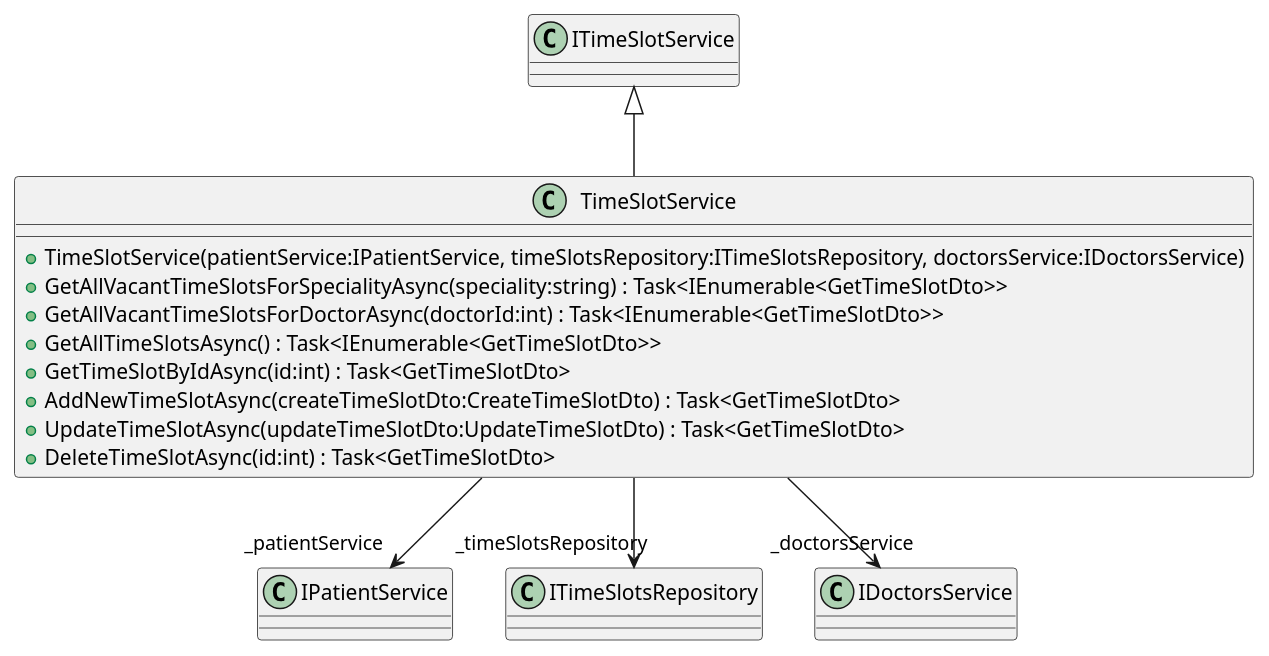
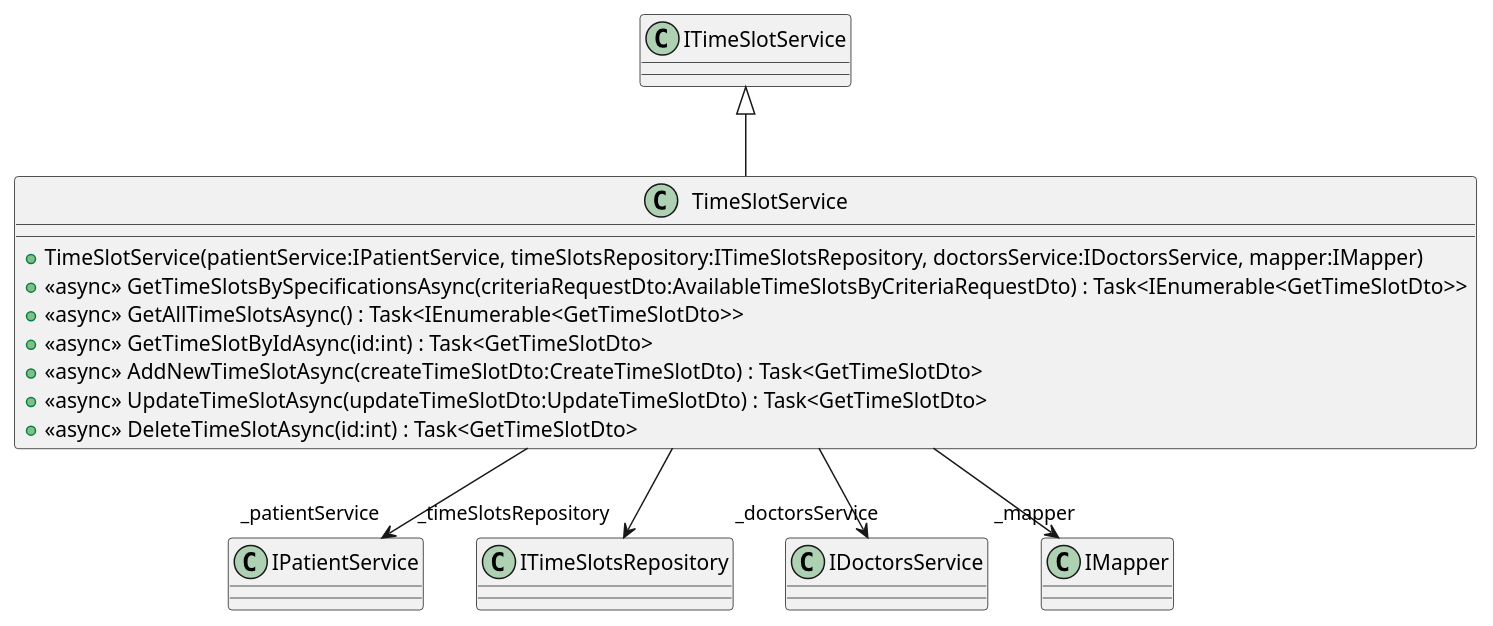
One commit to DenysMalanichev/HospitalRegistrar changed the diagram in UML/HospitalRegistrar.Application/Services/TimeSlotService.puml. Above: the diagram before and after it, drawn with PlantUML. The commit also changed 49 other files, not shown here.

```diff
--- a/UML/HospitalRegistrar.Application/Services/TimeSlotService.puml
+++ b/UML/HospitalRegistrar.Application/Services/TimeSlotService.puml
@@ -1,16 +1,16 @@
 @startuml
 class TimeSlotService {
-    + TimeSlotService(patientService:IPatientService, timeSlotsRepository:ITimeSlotsRepository, doctorsService:IDoctorsService)
-    + GetAllVacantTimeSlotsForSpecialityAsync(speciality:string) : Task<IEnumerable<GetTimeSlotDto>>
-    + GetAllVacantTimeSlotsForDoctorAsync(doctorId:int) : Task<IEnumerable<GetTimeSlotDto>>
-    + GetAllTimeSlotsAsync() : Task<IEnumerable<GetTimeSlotDto>>
-    + GetTimeSlotByIdAsync(id:int) : Task<GetTimeSlotDto>
-    + AddNewTimeSlotAsync(createTimeSlotDto:CreateTimeSlotDto) : Task<GetTimeSlotDto>
-    + UpdateTimeSlotAsync(updateTimeSlotDto:UpdateTimeSlotDto) : Task<GetTimeSlotDto>
-    + DeleteTimeSlotAsync(id:int) : Task<GetTimeSlotDto>
+    + TimeSlotService(patientService:IPatientService, timeSlotsRepository:ITimeSlotsRepository, doctorsService:IDoctorsService, mapper:IMapper)
+    + <<async>> GetTimeSlotsBySpecificationsAsync(criteriaRequestDto:AvailableTimeSlotsByCriteriaRequestDto) : Task<IEnumerable<GetTimeSlotDto>>
+    + <<async>> GetAllTimeSlotsAsync() : Task<IEnumerable<GetTimeSlotDto>>
+    + <<async>> GetTimeSlotByIdAsync(id:int) : Task<GetTimeSlotDto>
+    + <<async>> AddNewTimeSlotAsync(createTimeSlotDto:CreateTimeSlotDto) : Task<GetTimeSlotDto>
+    + <<async>> UpdateTimeSlotAsync(updateTimeSlotDto:UpdateTimeSlotDto) : Task<GetTimeSlotDto>
+    + <<async>> DeleteTimeSlotAsync(id:int) : Task<GetTimeSlotDto>
 }
 ITimeSlotService <|-- TimeSlotService
 TimeSlotService --> "_patientService" IPatientService
 TimeSlotService --> "_timeSlotsRepository" ITimeSlotsRepository
 TimeSlotService --> "_doctorsService" IDoctorsService
+TimeSlotService --> "_mapper" IMapper
 @enduml
```
